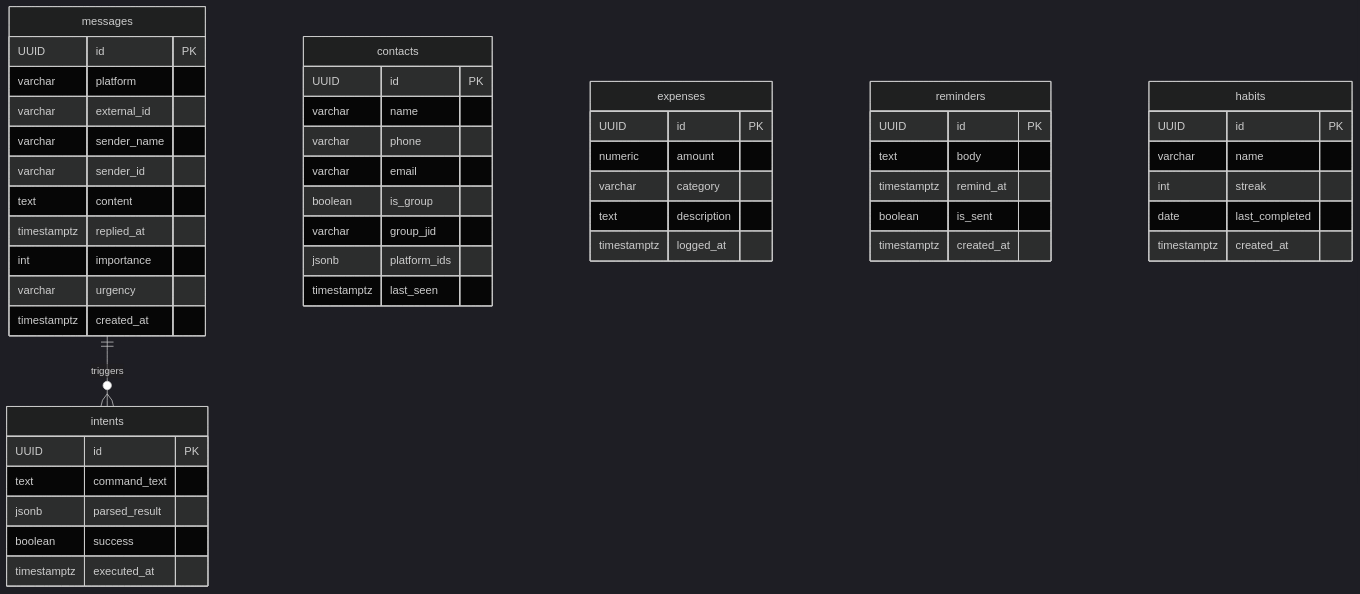
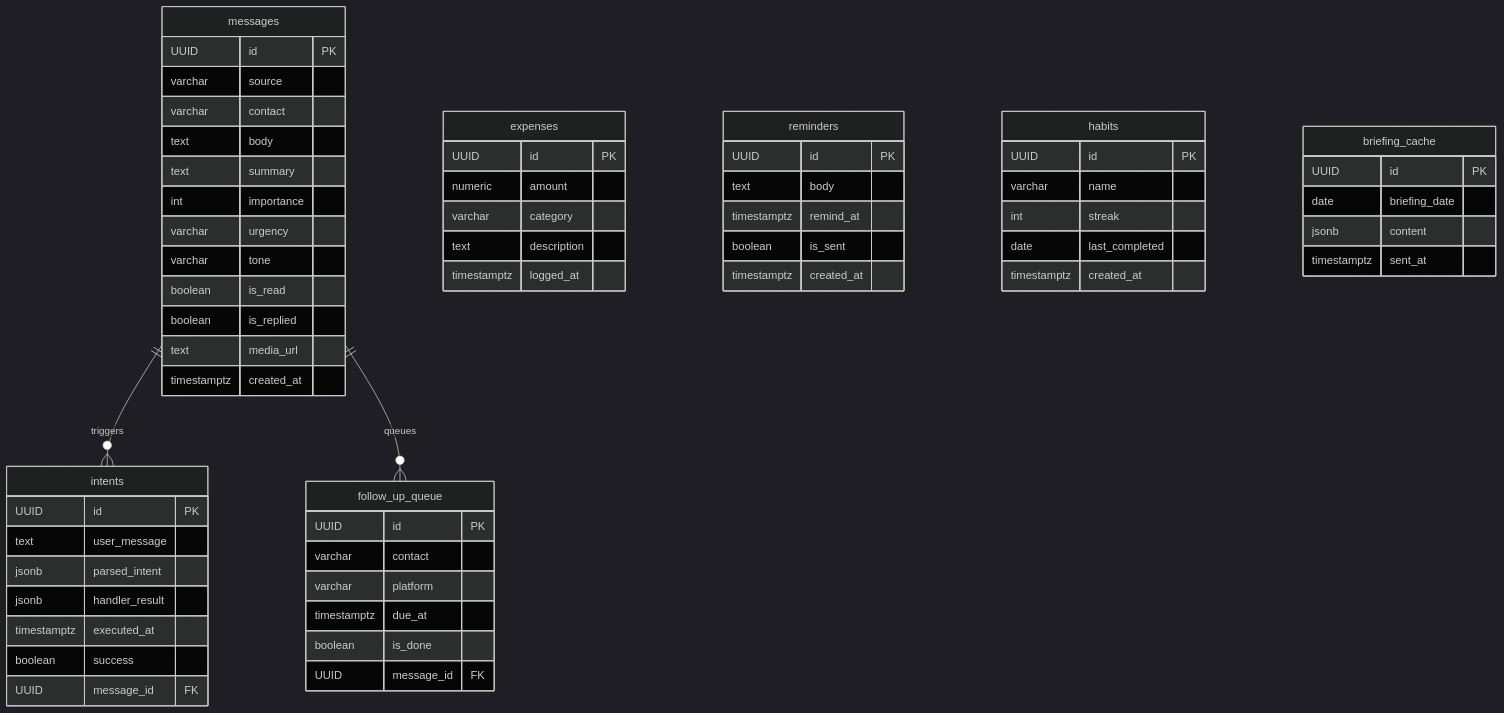
One commit to aanandmodi/ARIA changed diagram 13 of 22 in README.md. Above: the diagram before and after it, drawn with Mermaid (dark theme). The commit also changed other lines of this file, not shown here.

Commit message:
docs: surgically integrated visual NLU, WhatsApp companion device JID heuristics, GitHub watcher pipelines, and production gotchas while fully retaining original files

````diff
--- a/README.md
+++ b/README.md
@@ -425,60 +572,70 @@
 ```mermaid
 erDiagram
     messages {
         UUID id PK
-        varchar platform
-        varchar external_id
-        varchar sender_name
-        varchar sender_id
-        text content
-        timestamptz replied_at
+        varchar source
+        varchar contact
+        text body
+        text summary
         int importance
         varchar urgency
+        varchar tone
+        boolean is_read
+        boolean is_replied
+        text media_url
         timestamptz created_at
-    }
-
-    contacts {
-        UUID id PK
-        varchar name
-        varchar phone
-        varchar email
-        boolean is_group
-        varchar group_jid
-        jsonb platform_ids
-        timestamptz last_seen
     }
 
     intents {
         UUID id PK
-        text command_text
-        jsonb parsed_result
+        text user_message
+        jsonb parsed_intent
+        jsonb handler_result
+        timestamptz executed_at
         boolean success
-        timestamptz executed_at
+        UUID message_id FK
     }
 
     expenses {
         UUID id PK
         numeric amount
         varchar category
         text description
         timestamptz logged_at
     }
 
     reminders {
         UUID id PK
         text body
         timestamptz remind_at
         boolean is_sent
         timestamptz created_at
     }
 
     habits {
         UUID id PK
         varchar name
         int streak
         date last_completed
         timestamptz created_at
     }
 
+    follow_up_queue {
+        UUID id PK
+        varchar contact
+        varchar platform
+        timestamptz due_at
+        boolean is_done
+        UUID message_id FK
+    }
+
+    briefing_cache {
+        UUID id PK
+        date briefing_date
+        jsonb content
+        timestamptz sent_at
+    }
+
     messages ||--o{ intents : "triggers"
+    messages ||--o{ follow_up_queue : "queues"
 ```
````
